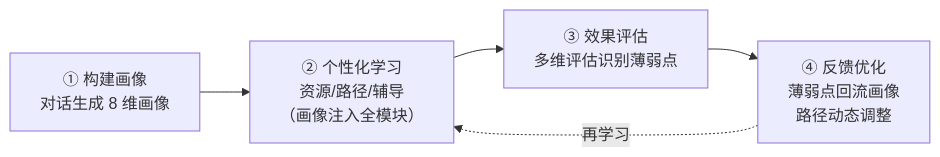
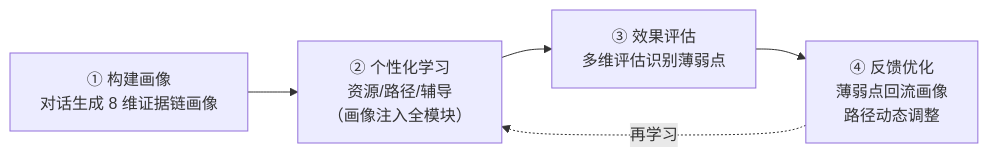
The third of 3 diagrams in README.md (AttentionCoo/learning-characterizing-mas), drawn with Mermaid before and after one commit. The commit also changed other lines of this file, not shown here.

````diff
--- a/README.md
+++ b/README.md
@@ -98,7 +101,7 @@
 ```mermaid
 flowchart LR
-    A["① 构建画像\n对话生成 8 维画像"] --> B["② 个性化学习\n资源/路径/辅导\n（画像注入全模块）"]
+    A["① 构建画像\n对话生成 8 维证据链画像"] --> B["② 个性化学习\n资源/路径/辅导\n（画像注入全模块）"]
     B --> C["③ 效果评估\n多维评估识别薄弱点"]
     C --> D["④ 反馈优化\n薄弱点回流画像\n路径动态调整"]
     D -.->|"再学习"| B
 ```
````
